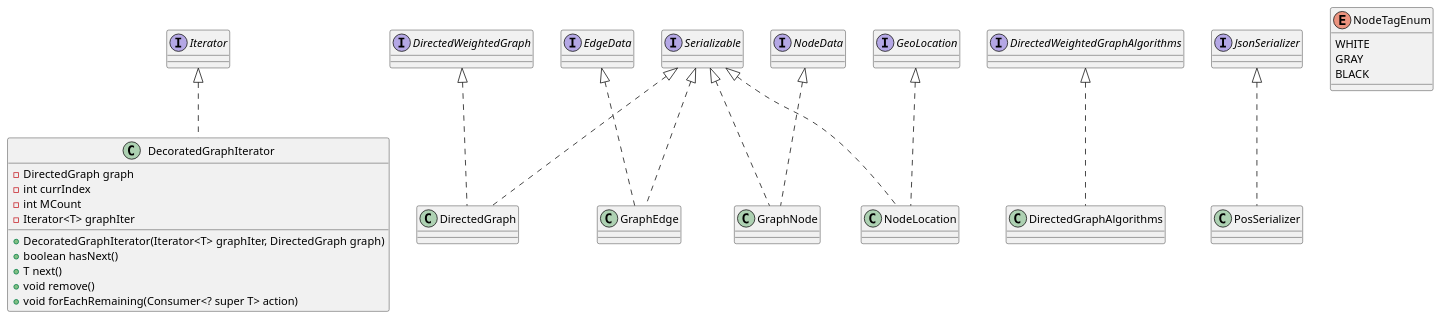
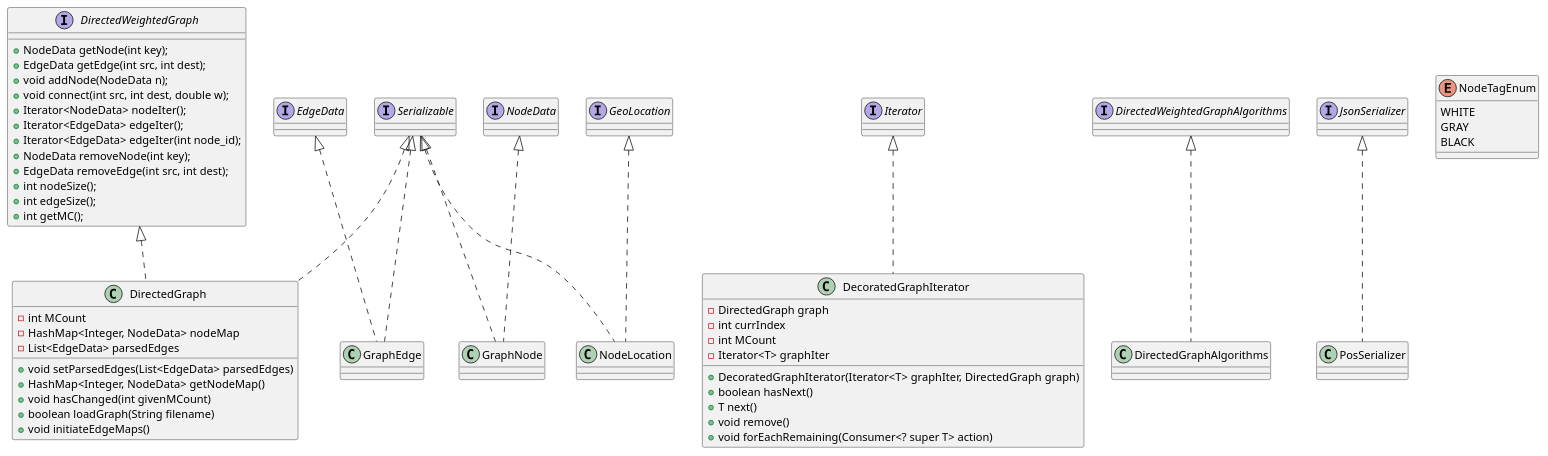
One commit to OriHoward/oop-ex2 changed the diagram in ProjectUML.puml. Above: the diagram before and after it, drawn with PlantUML. The commit also changed 1 other file, not shown here.

Commit message:
moved functions and added to the UML

```diff
--- a/ProjectUML.puml
+++ b/ProjectUML.puml
@@ -1,48 +1,72 @@
 @startuml
 'https://plantuml.com/class-diagram
 
+interface DirectedWeightedGraph{
+    + NodeData getNode(int key);
+    + EdgeData getEdge(int src, int dest);
+    + void addNode(NodeData n);
+    + void connect(int src, int dest, double w);
+    + Iterator<NodeData> nodeIter();
+    + Iterator<EdgeData> edgeIter();
+    + Iterator<EdgeData> edgeIter(int node_id);
+    + NodeData removeNode(int key);
+    + EdgeData removeEdge(int src, int dest);
+    + int nodeSize();
+    + int edgeSize();
+    + int getMC();
+}
 
 class DecoratedGraphIterator implements Iterator{
     - DirectedGraph graph
     - int currIndex
     - int MCount
     - Iterator<T> graphIter
 
     + DecoratedGraphIterator(Iterator<T> graphIter, DirectedGraph graph)
     + boolean hasNext()
     + T next()
     + void remove()
     + void forEachRemaining(Consumer<? super T> action)
 }
 
 class DirectedGraph implements DirectedWeightedGraph, Serializable {
+
+    - int MCount
+    - HashMap<Integer, NodeData> nodeMap
+    - List<EdgeData> parsedEdges
+
+    + void setParsedEdges(List<EdgeData> parsedEdges)
+    + HashMap<Integer, NodeData> getNodeMap()
+    + void hasChanged(int givenMCount)
+    + boolean loadGraph(String filename)
+    + void initiateEdgeMaps()
 
 }
 
 class DirectedGraphAlgorithms implements DirectedWeightedGraphAlgorithms {
 
 }
 
 class GraphEdge implements EdgeData, Serializable {
 
 }
 
 class GraphNode implements NodeData, Serializable {
 
 }
 
 class NodeLocation implements GeoLocation, Serializable {
 
 }
 
 class PosSerializer implements JsonSerializer {
 }
 
 enum NodeTagEnum {
 WHITE
 GRAY
 BLACK
 }
 
 
 @enduml
```
